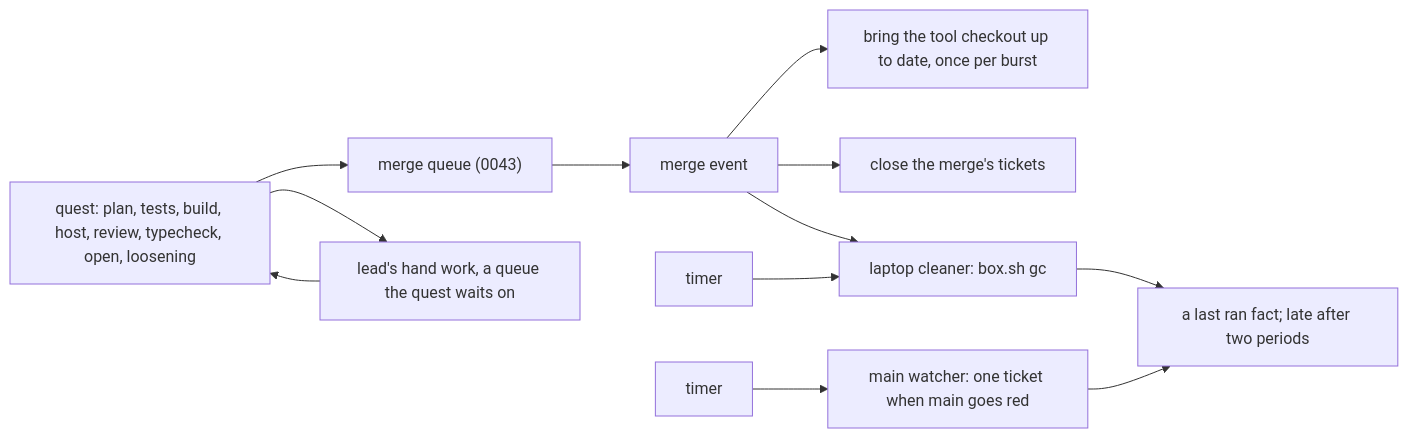
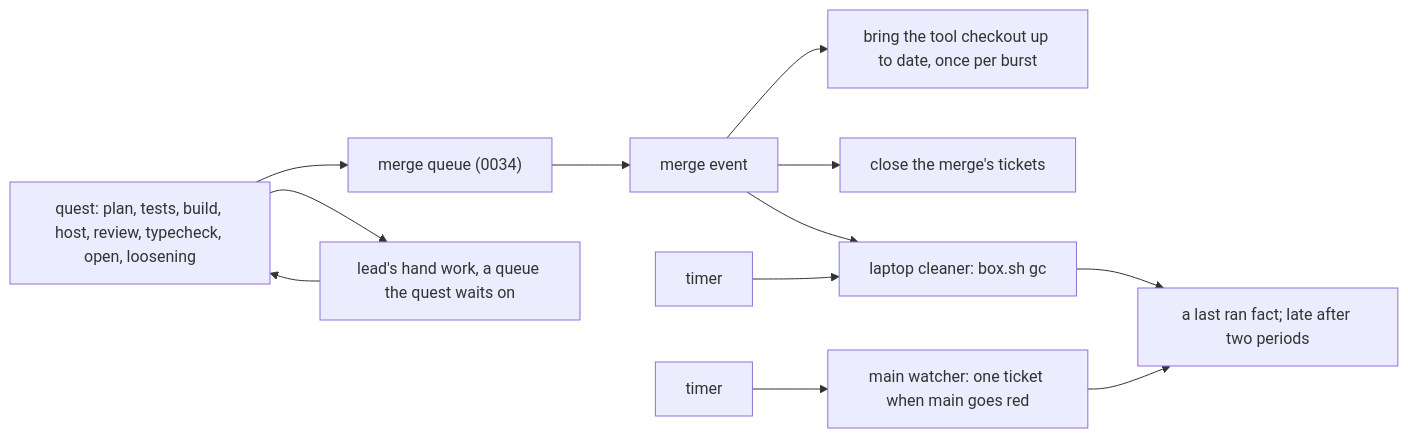
The diagram in docs/direction/lane-queue-or-scheduled-job.md (kamp-us/tea-fabrika), drawn with Mermaid before and after one commit. The commit also changed other lines of this file and 184 other files, not shown here.

````diff
--- a/docs/direction/lane-queue-or-scheduled-job.md
+++ b/docs/direction/lane-queue-or-scheduled-job.md
@@ -43,14 +43,14 @@
 ```mermaid
 flowchart LR
-  quest["quest: plan, tests, build, host, review, typecheck, open, loosening"] --> mq["merge queue (0043)"]
+  quest["quest: plan, tests, build, host, review, typecheck, open, loosening"] --> mq["merge queue (0034)"]
   quest --> desk["lead's hand work, a queue the quest waits on"]
   desk --> quest
   mq --> merged["merge event"]
   merged --> checkout["bring the tool checkout up to date, once per burst"]
   merged --> close["close the merge's tickets"]
   merged --> cleaner
   timer1["timer"] --> cleaner["laptop cleaner: box.sh gc"]
   timer2["timer"] --> watcher["main watcher: one ticket when main goes red"]
   cleaner --> lastRan["a last ran fact; late after two periods"]
   watcher --> lastRan
 ```
````
